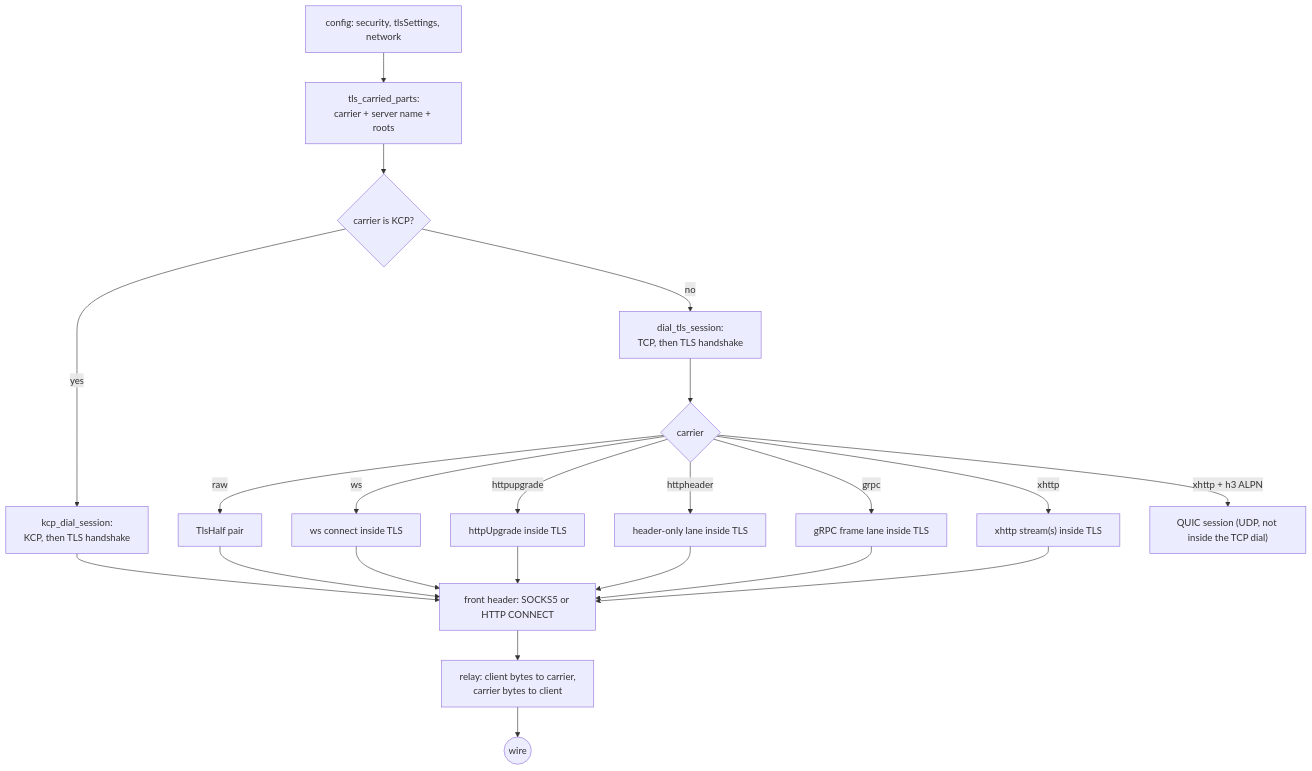
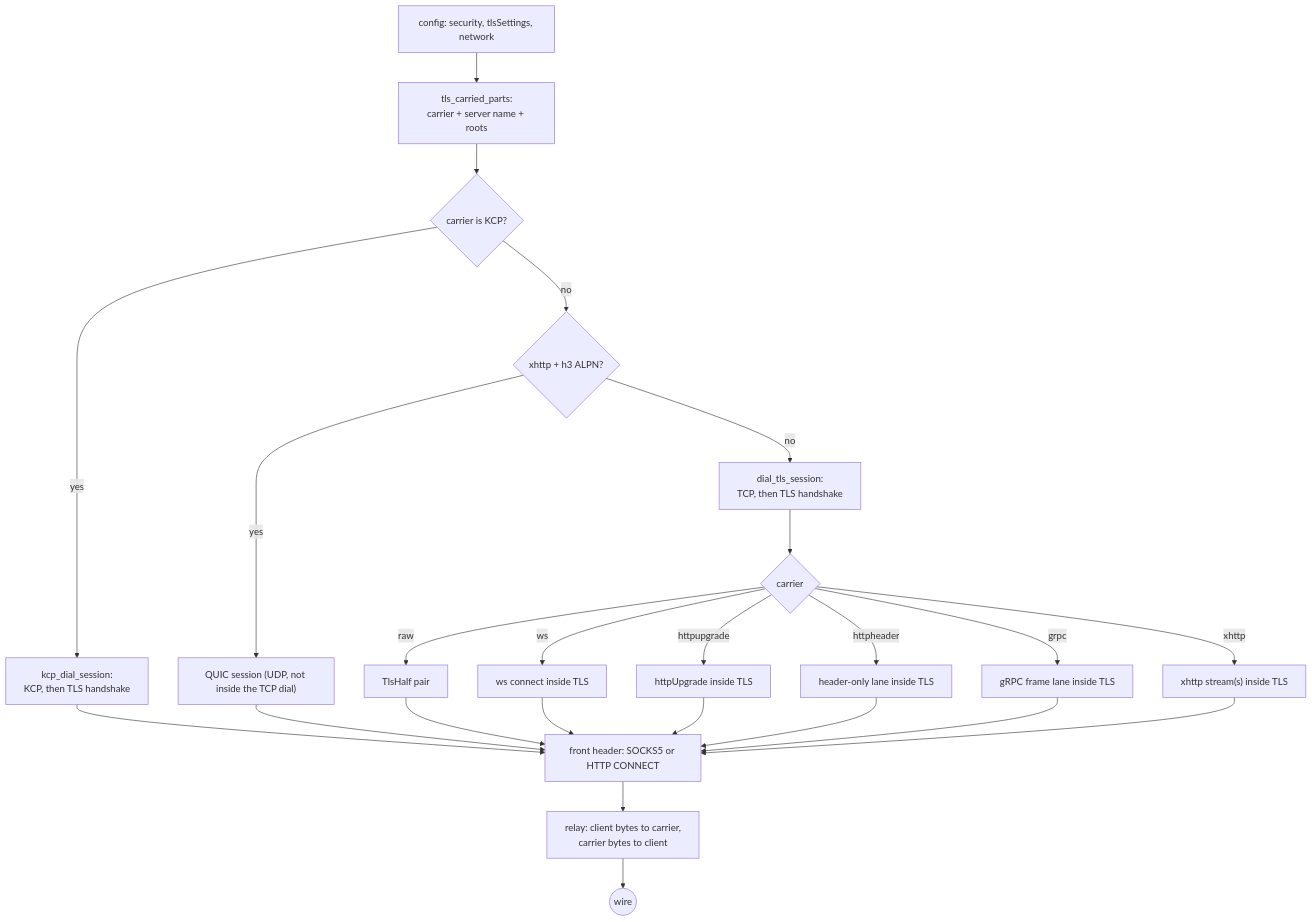
Before and after one commit to ferroxdev/ferrox: the diagram in docs/function/tls-client.md, drawn with Mermaid. The commit also changed 56 other files, not shown here.

````diff
--- a/docs/function/tls-client.md
+++ b/docs/function/tls-client.md
@@ -26,24 +26,26 @@
 ```mermaid
 graph TD
     C["config: security, tlsSettings, network"] --> P["tls_carried_parts:<br/>carrier + server name + roots"]
     P --> K{"carrier is KCP?"}
     K -->|yes| KD["kcp_dial_session:<br/>KCP, then TLS handshake"]
     KD --> F
-    K -->|no| D["dial_tls_session:<br/>TCP, then TLS handshake"]
+    K -->|no| H{"xhttp + h3 ALPN?"}
+    H -->|yes| Q["QUIC session (UDP, not inside the TCP dial)"]
+    Q --> F
+    H -->|no| D["dial_tls_session:<br/>TCP, then TLS handshake"]
     D --> W{"carrier"}
     W -->|raw| R["TlsHalf pair"]
     W -->|ws| WS["ws connect inside TLS"]
     W -->|httpupgrade| HU["httpUpgrade inside TLS"]
     W -->|httpheader| HH["header-only lane inside TLS"]
     W -->|grpc| G["gRPC frame lane inside TLS"]
     W -->|xhttp| X["xhttp stream(s) inside TLS"]
-    W -->|"xhttp + h3 ALPN"| Q["QUIC session (UDP, not inside the TCP dial)"]
     R --> F["front header: SOCKS5 or HTTP CONNECT"]
     WS --> F
     HU --> F
     HH --> F
     G --> F
     X --> F
     F --> L["relay: client bytes to carrier,<br/>carrier bytes to client"]
     L --> O(("wire"))
 ```
````
